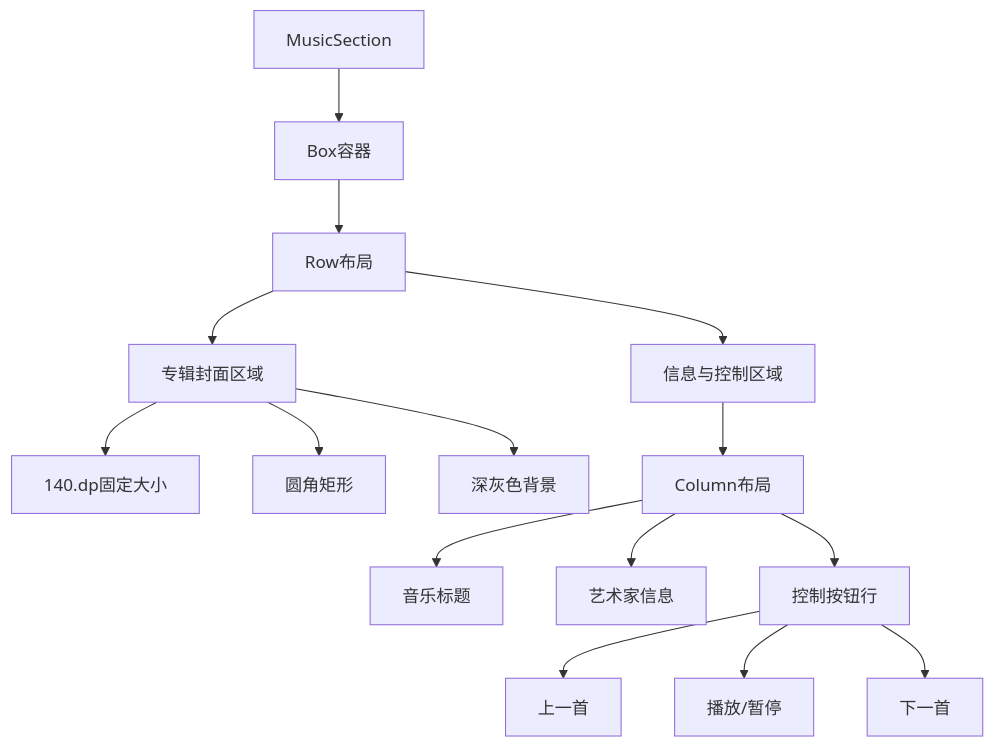
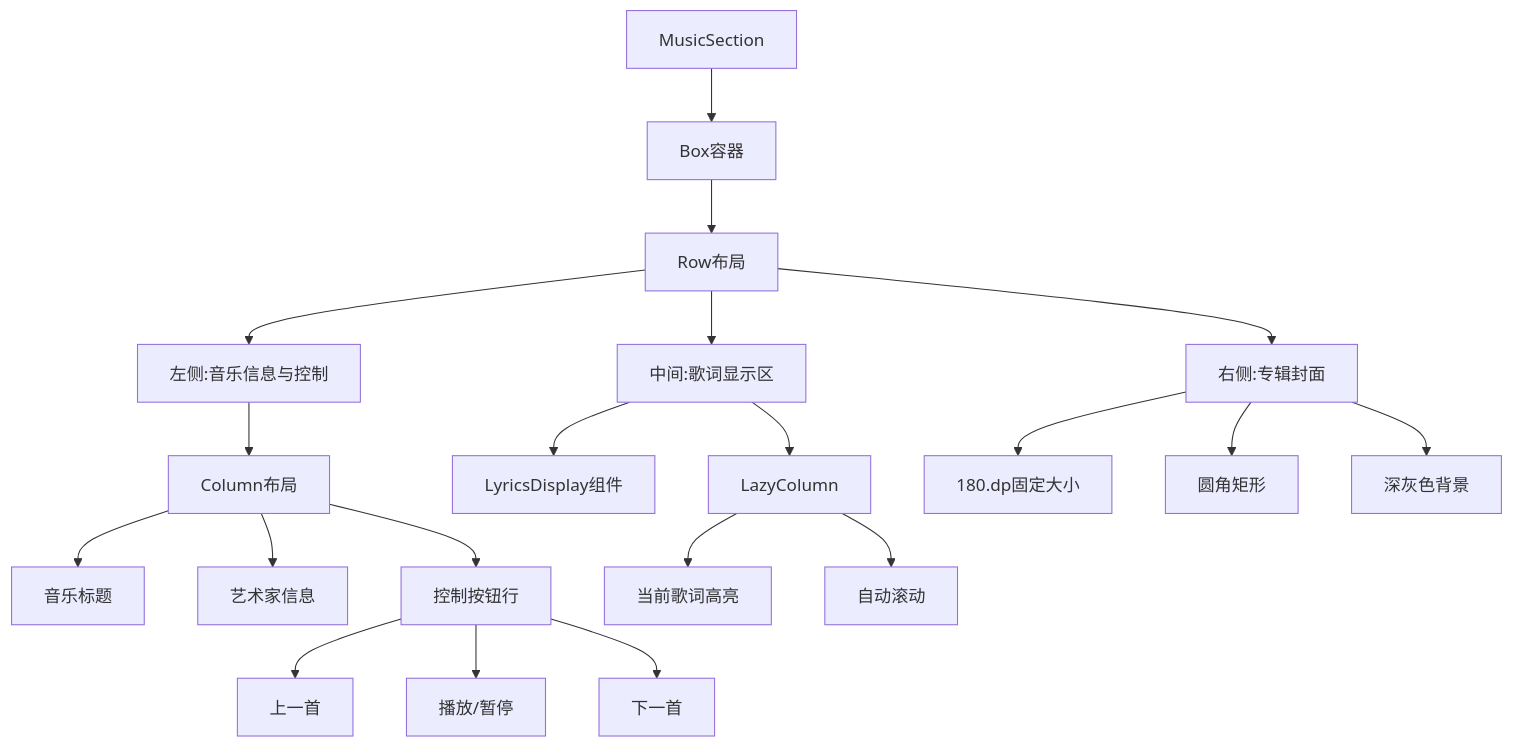
The third of 8 diagrams in .qoder/repowiki/zh/content/核心功能/音乐控制/音乐控制UI组件.md (lantongxue/MyCarLauncher), drawn with Mermaid before and after one commit. The commit also changed other lines of this file and 3 other files, not shown here.

````diff
--- a/.qoder/repowiki/zh/content/核心功能/音乐控制/音乐控制UI组件.md
+++ b/.qoder/repowiki/zh/content/核心功能/音乐控制/音乐控制UI组件.md
@@ -99,17 +128,22 @@
 ```mermaid
 flowchart TD
 A[MusicSection] --> B[Box容器]
 B --> C[Row布局]
-C --> D[专辑封面区域]
-C --> E[信息与控制区域]
-D --> F[140.dp固定大小]
-D --> G[圆角矩形]
-D --> H[深灰色背景]
-E --> I[Column布局]
-I --> J[音乐标题]
-I --> K[艺术家信息]
-I --> L[控制按钮行]
-L --> M[上一首]
-L --> N[播放/暂停]
-L --> O[下一首]
+C --> D[左侧:音乐信息与控制]
+C --> E[中间:歌词显示区]
+C --> F[右侧:专辑封面]
+D --> G[Column布局]
+G --> H[音乐标题]
+G --> I[艺术家信息]
+G --> J[控制按钮行]
+J --> K[上一首]
+J --> L[播放/暂停]
+J --> M[下一首]
+E --> N[LyricsDisplay组件]
+E --> O[LazyColumn]
+O --> P[当前歌词高亮]
+O --> Q[自动滚动]
+F --> R[180.dp固定大小]
+F --> S[圆角矩形]
+F --> T[深灰色背景]
 ```
````
